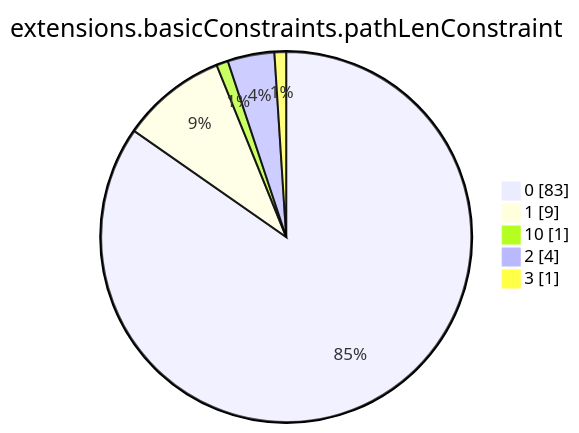
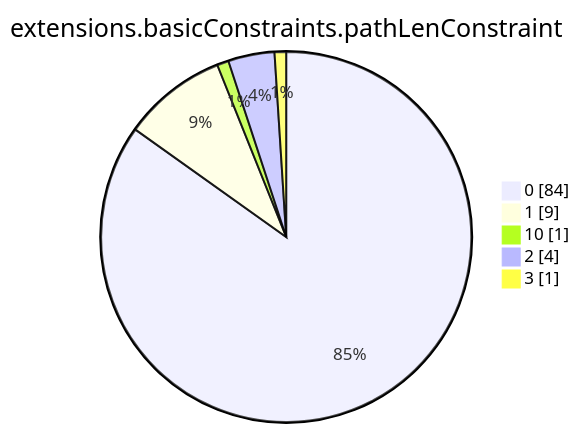
Diagram 12 of 15 in xenon2023/README.md (christiankrug/ctmonitor_visualization), drawn with Mermaid before and after one commit. The commit also changed other lines of this file, not shown here.

````diff
--- a/xenon2023/README.md
+++ b/xenon2023/README.md
@@ -2711,9 +2714,9 @@
 ```mermaid
 pie showData
 title extensions.basicConstraints.pathLenConstraint
-"0" :83
+"0" :84
 "1" :9
 "10" :1
 "2" :4
 "3" :1
 ```
````
